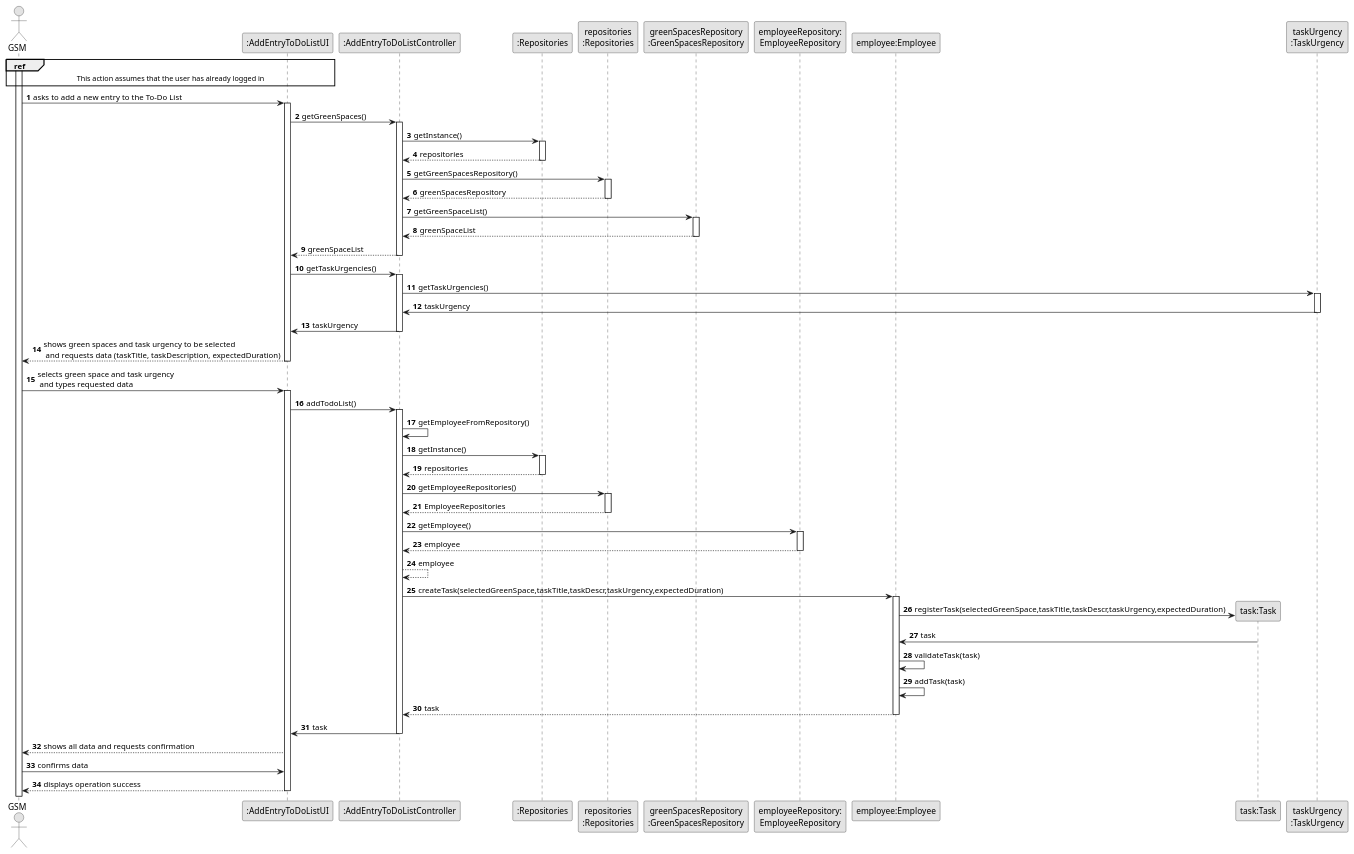
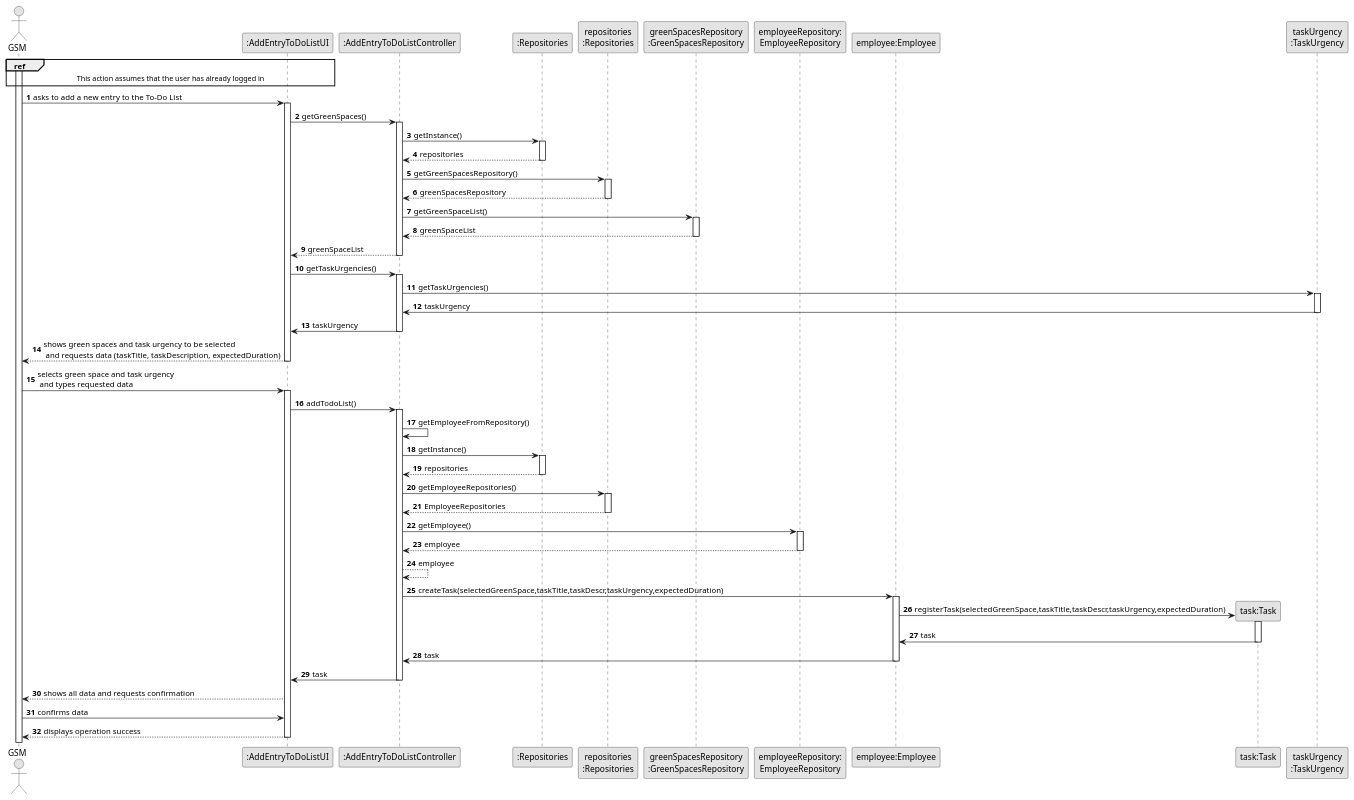
One commit to LopemigueISEP/lei-24-s2-1nb-g312 changed the diagram in docs/sprintC/US021/03.design/puml/us021-sequence-diagram-full.puml. Above: the diagram before and after it, drawn with PlantUML. The commit also changed 33 other files, not shown here.

```diff
--- a/docs/sprintC/US021/03.design/puml/us021-sequence-diagram-full.puml
+++ b/docs/sprintC/US021/03.design/puml/us021-sequence-diagram-full.puml
@@ -1,96 +1,96 @@
 @startuml
 skinparam monochrome true
 skinparam packageStyle rectangle
 skinparam shadowing false
 
 autonumber
 
 'hide footbox
 actor "GSM" as GSM
 participant ":AddEntryToDoListUI" as UI
 participant ":AddEntryToDoListController" as CTRL
 participant ":Repositories" as RepositorySingleton
 participant "repositories\n:Repositories" as PLAT
 participant "greenSpacesRepository\n:GreenSpacesRepository" as GreenSpacesRepository
 participant "employeeRepository:\nEmployeeRepository" as EmployeeRepository
 participant "employee:Employee" as employee
 participant "task:Task" as task
 
 participant "taskUrgency\n:TaskUrgency" as TaskUrgency
 'DUVIDA PARA O FOF ^
 
 
 ref over GSM, UI : This action assumes that the user has already logged in
 activate GSM
 
     GSM -> UI : asks to add a new entry to the To-Do List
     activate UI
         UI -> CTRL: getGreenSpaces()
         activate CTRL
             CTRL -> RepositorySingleton : getInstance()
             activate RepositorySingleton
 
                 RepositorySingleton --> CTRL: repositories
             deactivate RepositorySingleton
 
             CTRL -> PLAT : getGreenSpacesRepository()
             activate PLAT
 
                 PLAT --> CTRL: greenSpacesRepository
             deactivate PLAT
             CTRL -> GreenSpacesRepository: getGreenSpaceList()
             activate GreenSpacesRepository
                 GreenSpacesRepository --> CTRL: greenSpaceList
             deactivate GreenSpacesRepository
 
             CTRL --> UI : greenSpaceList
         deactivate CTRL
 
         UI -> CTRL: getTaskUrgencies()
         activate CTRL
             CTRL -> TaskUrgency : getTaskUrgencies()
             activate TaskUrgency
                 TaskUrgency -> CTRL: taskUrgency
             deactivate TaskUrgency
         CTRL -> UI : taskUrgency
         deactivate CTRL
     UI --> GSM : shows green spaces and task urgency to be selected\n and requests data (taskTitle, taskDescription, expectedDuration)
     deactivate UI
 
     GSM -> UI : selects green space and task urgency\n and types requested data
     activate UI
 
         UI -> CTRL : addTodoList()
         activate CTRL
             CTRL->CTRL: getEmployeeFromRepository()
             CTRL -> RepositorySingleton : getInstance()
             activate RepositorySingleton
                 RepositorySingleton --> CTRL : repositories
             deactivate RepositorySingleton
         CTRL -> PLAT : getEmployeeRepositories()
         activate PLAT
             PLAT --> CTRL : EmployeeRepositories
         deactivate PLAT
         CTRL -> EmployeeRepository: getEmployee()
         activate EmployeeRepository
             EmployeeRepository -->CTRL: employee
         deactivate EmployeeRepository
         CTRL --> CTRL: employee
         CTRL -> employee : createTask(selectedGreenSpace,taskTitle,taskDescr,taskUrgency,expectedDuration)
         activate employee
             employee -> task**: registerTask(selectedGreenSpace,taskTitle,taskDescr,taskUrgency,expectedDuration)
+            activate task
             task -> employee: task
-            employee -> employee: validateTask(task)
-            employee -> employee: addTask(task)
-            employee --> CTRL: task
+            deactivate task
+            employee -> CTRL: task
         deactivate employee
         CTRL -> UI: task
 
     deactivate CTRL
     UI --> GSM: shows all data and requests confirmation
     GSM -> UI : confirms data
     UI --> GSM : displays operation success
 
     deactivate UI
 
 @enduml
```
